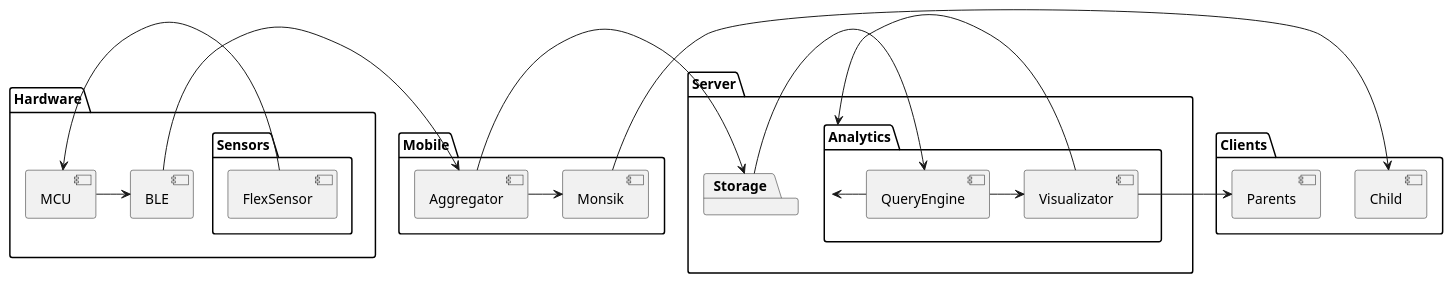
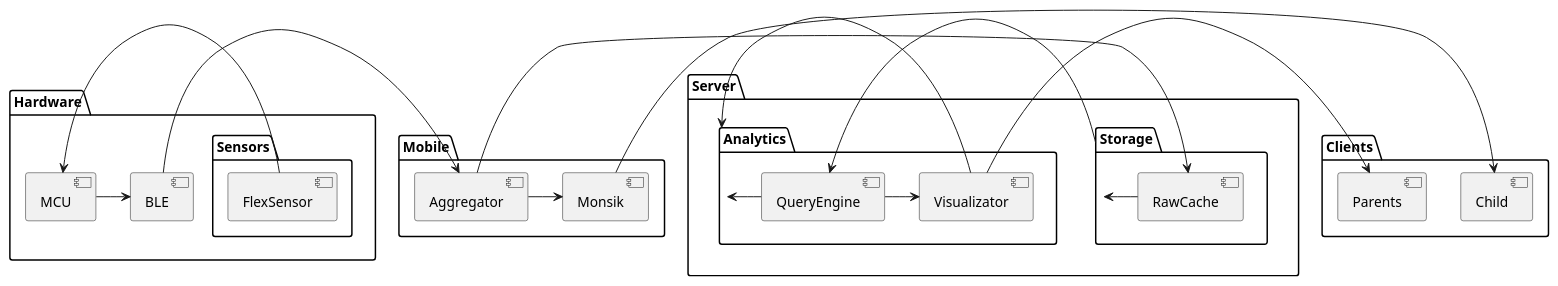
Before and after one commit to motorica-org/telemetry-docs: the diagram in architecture.puml, drawn with PlantUML.

Commit message:
feat(Architecture): Add RawCache before Storage

```diff
--- a/architecture.puml
+++ b/architecture.puml
@@ -1,39 +1,40 @@
 @startuml
 skinparam componentStyle uml2
 
 package Hardware {
     component MCU
     component BLE
 
     package Sensors {
         [FlexSensor] -> [MCU]
     }
 
     [MCU] -> [BLE]
 }
 
 package Mobile {
     [BLE] -> [Aggregator]
     [Aggregator] -> [Monsik]
 }
 
 package Server {
     package Storage {
-        [Aggregator] -> [Storage]
+        [Aggregator] -> [RawCache]
+        [RawCache] -> [Storage]
     }
     package Analytics {
         [Storage] -> [QueryEngine]
         [QueryEngine] -> [Visualizator]
     }
 }
 
 package Clients {
     [Child] <- [Monsik]
 
     [Parents] <- [Visualizator]
 
     [Analytics] <- [QueryEngine]
     [Analytics] <- [Visualizator]
 }
 
 @enduml
```
